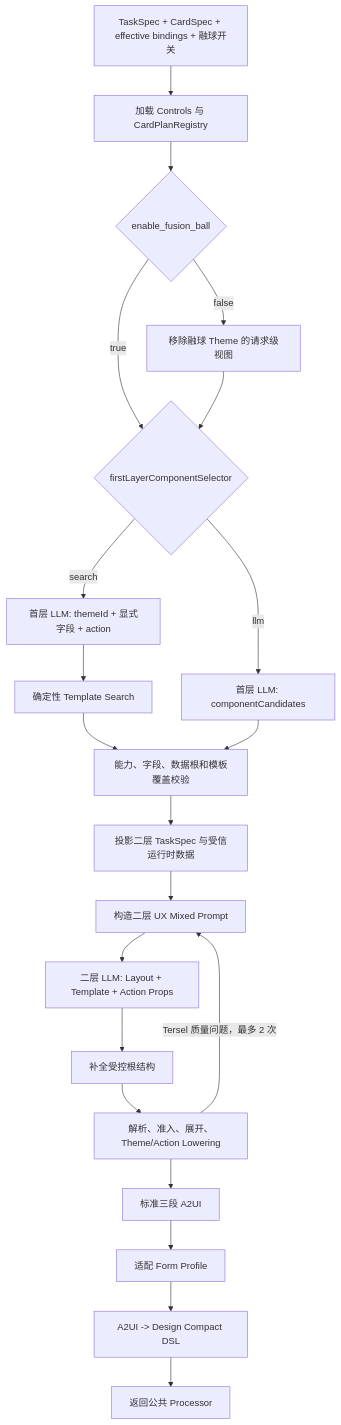
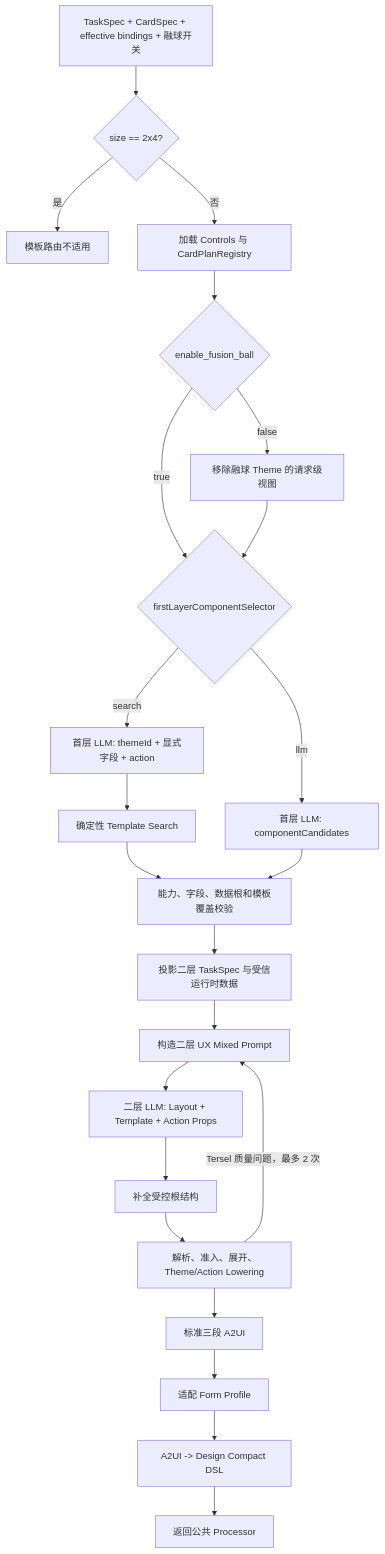
The second of 2 diagrams in widget_service/cloud/services/template_generation/docs/architecture.md (InnovationTea/CreateMyCard), drawn with Mermaid before and after one commit. The commit also changed other lines of this file and 30 other files, not shown here.

````diff
--- a/widget_service/cloud/services/template_generation/docs/architecture.md
+++ b/widget_service/cloud/services/template_generation/docs/architecture.md
@@ -63,23 +63,25 @@
 ```mermaid
 flowchart TD
-    IN[TaskSpec + CardSpec + effective bindings + 融球开关] --> LOAD[加载 Controls 与 CardPlanRegistry]
+    IN[TaskSpec + CardSpec + effective bindings + 融球开关] --> SIZE{size == 2x4?}
+    SIZE -->|是| MISS[模板路由不适用]
+    SIZE -->|否| LOAD[加载 Controls 与 CardPlanRegistry]
     LOAD --> FUSION{enable_fusion_ball}
     FUSION -->|false| FILTER[移除融球 Theme 的请求级视图]
     FUSION -->|true| SELECTOR{firstLayerComponentSelector}
     FILTER --> SELECTOR
     SELECTOR -->|search| MARK[首层 LLM: themeId + 显式字段 + action]
     MARK --> SEARCH[确定性 Template Search]
     SELECTOR -->|llm| LEGACY[首层 LLM: componentCandidates]
     SEARCH --> COVER[能力、字段、数据根和模板覆盖校验]
     LEGACY --> COVER
     COVER --> PROJECT[投影二层 TaskSpec 与受信运行时数据]
     PROJECT --> PROMPT[构造二层 UX Mixed Prompt]
     PROMPT --> BODY[二层 LLM: Layout + Template + Action Props]
     BODY --> FRAME[补全受控根结构]
     FRAME --> COMPILE[解析、准入、展开、Theme/Action Lowering]
     COMPILE -->|Tersel 质量问题，最多 2 次| PROMPT
     COMPILE --> A2UI[标准三段 A2UI]
     A2UI --> ADAPT[适配 Form Profile]
     ADAPT --> ROUNDTRIP[A2UI -> Design Compact DSL]
     ROUNDTRIP --> OUT[返回公共 Processor]
 ```
````
